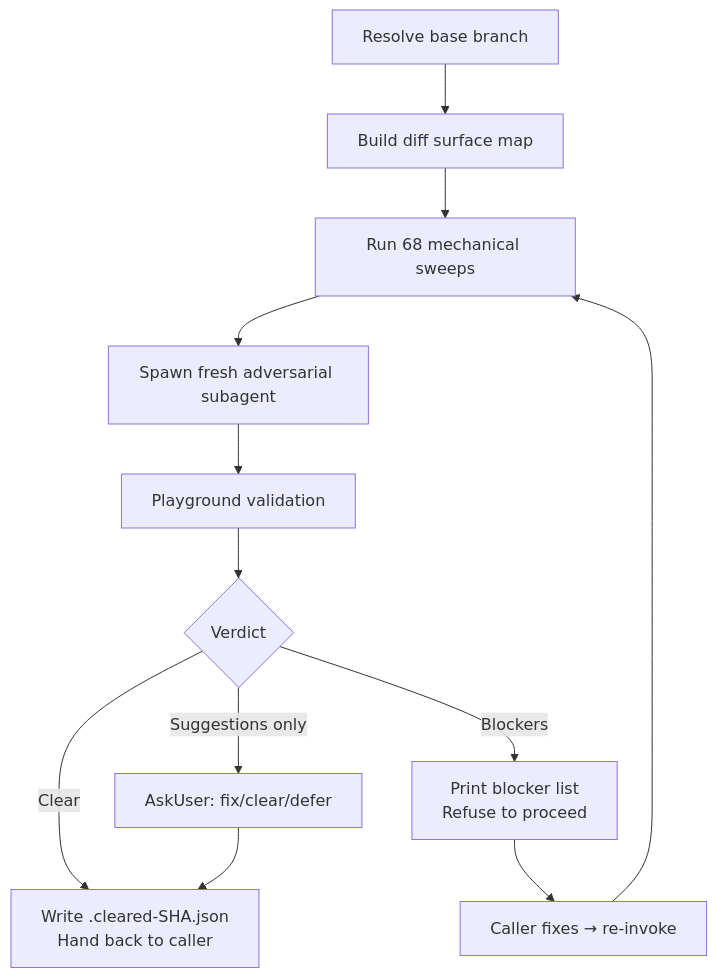
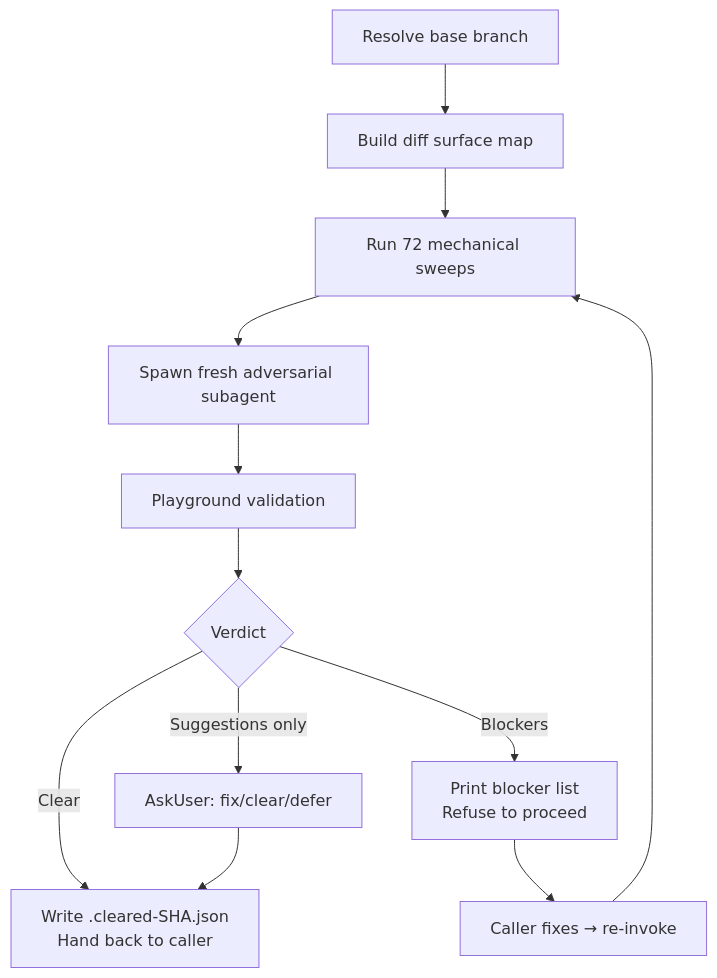
Before and after one commit to whizzzkid/skills: the diagram in skills/adversarial-review/README.md, drawn with Mermaid. The commit also changed other lines of this file and 5 other files, not shown here.

````diff
--- a/skills/adversarial-review/README.md
+++ b/skills/adversarial-review/README.md
@@ -16,14 +16,14 @@
 ```mermaid
 flowchart TD
     A[Resolve base branch] --> B[Build diff surface map]
-    B --> C[Run 68 mechanical sweeps]
+    B --> C[Run 72 mechanical sweeps]
     C --> D[Spawn fresh adversarial subagent]
     D --> E[Playground validation]
     E --> F{Verdict}
     F -->|Clear| G[Write .cleared-SHA.json<br/>Hand back to caller]
     F -->|Blockers| H[Print blocker list<br/>Refuse to proceed]
     F -->|Suggestions only| I[AskUser: fix/clear/defer]
     H --> J[Caller fixes → re-invoke]
     J --> C
     I --> G
 ```
````
